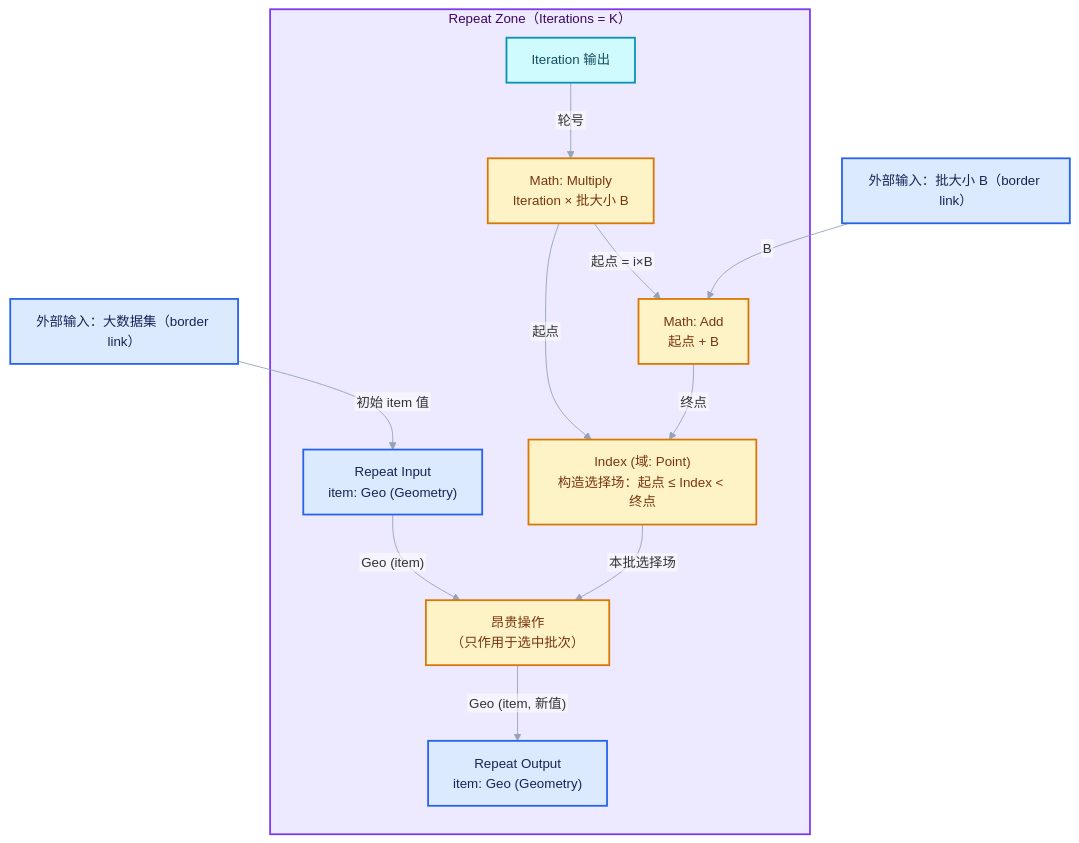
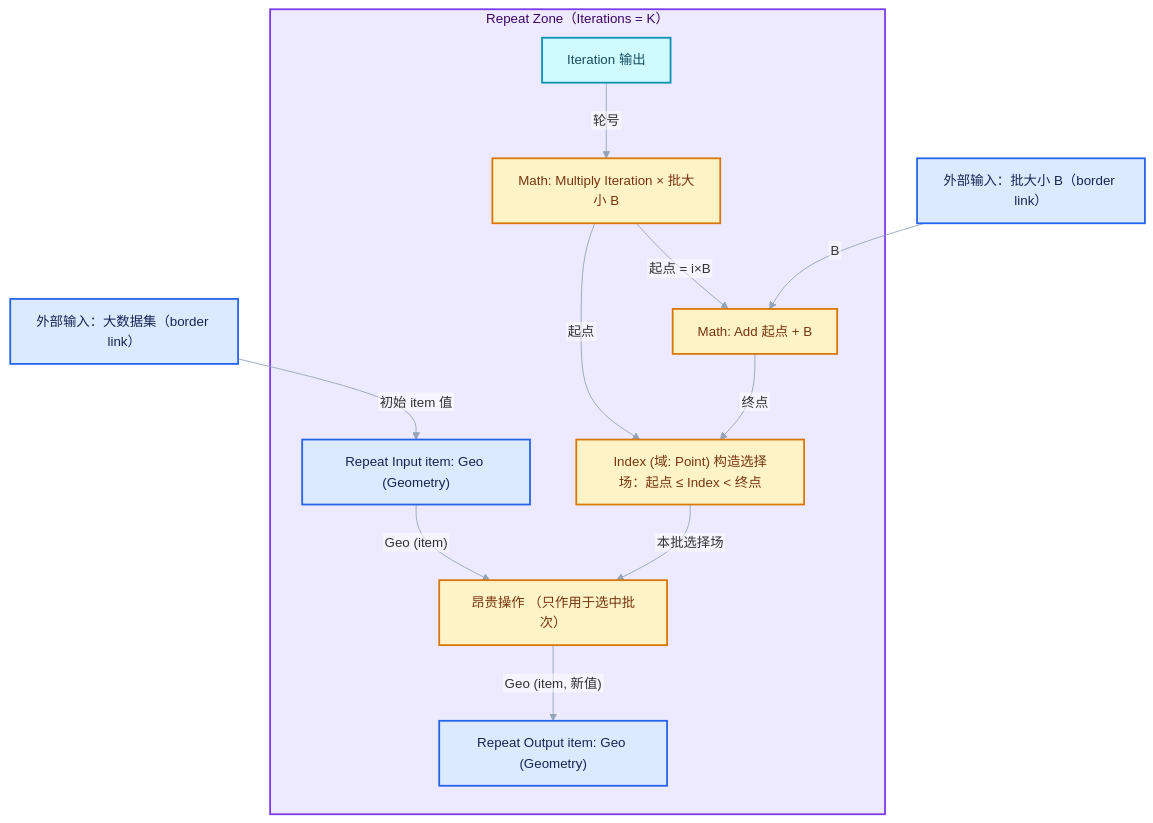
Before and after one commit to yunkezengren/blender-.vscode: the sixth of 16 diagrams in 杂/markdown/重复区域-dsh/06-实战与性能/01-使用模式与迭代设计.md, drawn with Mermaid. The commit also changed other lines of this file and 27 other files, not shown here.

````diff
--- a/杂/markdown/重复区域-dsh/06-实战与性能/01-使用模式与迭代设计.md
+++ b/杂/markdown/重复区域-dsh/06-实战与性能/01-使用模式与迭代设计.md
@@ -398,34 +387,34 @@
 ```mermaid
 %%{init: {"theme":"base","themeVariables":{"fontFamily":"\"Segoe UI\",\"Microsoft YaHei\",sans-serif","fontSize":"15px","lineColor":"#94A3B8","edgeLabelBackground":"#FFFFFF","clusterBkg":"#F8FAFC","clusterBorder":"#CBD5E1"},"flowchart":{"htmlLabels":false,"curve":"basis","nodeSpacing":52,"rankSpacing":64,"padding":14,"diagramPadding":16,"useMaxWidth":true},"sequence":{"useMaxWidth":true,"wrap":true,"mirrorActors":false,"messageMargin":36}}}%%
 flowchart TB
     subgraph ZONE["Repeat Zone（Iterations = K）"]
-        RI["Repeat Input<br/>item: Geo (Geometry)"]:::input
-        RO["Repeat Output<br/>item: Geo (Geometry)"]:::input
+        RI["Repeat Input item: Geo (Geometry)"]:::input
+        RO["Repeat Output item: Geo (Geometry)"]:::input
         ITER["Iteration 输出"]:::data
 
-        MUL["Math: Multiply<br/>Iteration × 批大小 B"]:::compute
-        ADD["Math: Add<br/>起点 + B"]:::compute
-        SEL["Index (域: Point)<br/>构造选择场：起点 ≤ Index < 终点"]:::compute
-        EXPENSIVE["昂贵操作<br/>（只作用于选中批次）"]:::compute
+        MUL["Math: Multiply Iteration × 批大小 B"]:::compute
+        ADD["Math: Add 起点 + B"]:::compute
+        SEL["Index (域: Point) 构造选择场：起点 ≤ Index < 终点"]:::compute
+        EXPENSIVE["昂贵操作 （只作用于选中批次）"]:::compute
 
         RI -- "Geo (item)" --> EXPENSIVE
         ITER -- "轮号" --> MUL
         MUL -- "起点 = i×B" --> ADD
         MUL -- "起点" --> SEL
         ADD -- "终点" --> SEL
         SEL -- "本批选择场" --> EXPENSIVE
         EXPENSIVE -- "Geo (item, 新值)" --> RO
     end
     IN_GEO["外部输入：大数据集（border link）"]:::input
     B["外部输入：批大小 B（border link）"]:::input
     B -- "B" --> ADD
     IN_GEO -- "初始 item 值" --> RI
 
     class ZONE abstraction;
     classDef input fill:#DBEAFE,stroke:#2563EB,color:#172554,stroke-width:2px;
     classDef data fill:#CFFAFE,stroke:#0891B2,color:#164E63,stroke-width:2px;
     classDef abstraction fill:#EDE9FE,stroke:#7C3AED,color:#3B0764,stroke-width:2px;
     classDef compute fill:#FEF3C7,stroke:#D97706,color:#78350F,stroke-width:2px;
     classDef result fill:#DCFCE7,stroke:#16A34A,color:#14532D,stroke-width:2px;
     classDef error fill:#FEE2E2,stroke:#DC2626,color:#7F1D1D,stroke-width:2px;
 ```
````
